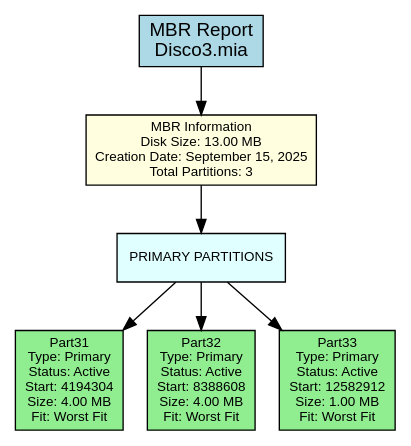
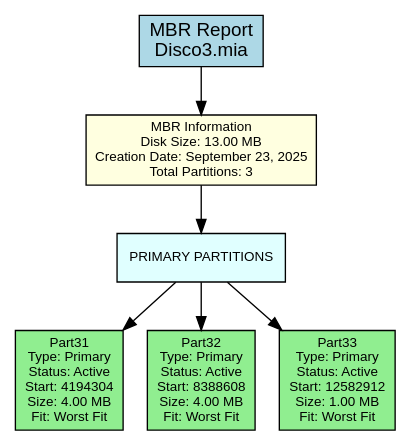
Before and after one commit to DiegVas/MIA_2S2025_P2_202300638: the diagram in backend/provider/reports/src/mbr_382B.dot, drawn with Graphviz. The commit also changed 27 other files, not shown here.

Commit message:
feat: view all disk with name, size, and count partitions feat: a register all disks in txt file

```diff
--- a/backend/provider/reports/src/mbr_382B.dot
+++ b/backend/provider/reports/src/mbr_382B.dot
@@ -1,22 +1,22 @@
 digraph MBR_Report {
     rankdir=TB;
     node [shape=box, style=filled];
     graph [fontname="Arial", fontsize=12];
     node [fontname="Arial", fontsize=10];
     edge [fontname="Arial"];
 
     title [label="MBR Report\nDisco3.mia", fillcolor=lightblue, fontsize=14];
 
-    mbr_info [label="MBR Information\nDisk Size: 13.00 MB\nCreation Date: September 15, 2025\nTotal Partitions: 3", fillcolor=lightyellow];
+    mbr_info [label="MBR Information\nDisk Size: 13.00 MB\nCreation Date: September 23, 2025\nTotal Partitions: 3", fillcolor=lightyellow];
 
     primary_section [label="PRIMARY PARTITIONS", shape=box, style=filled, fillcolor=lightcyan];
     primary_0 [label="Part31\nType: Primary\nStatus: Active\nStart: 4194304\nSize: 4.00 MB\nFit: Worst Fit", fillcolor=lightgreen];
     primary_section -> primary_0;
     primary_1 [label="Part32\nType: Primary\nStatus: Active\nStart: 8388608\nSize: 4.00 MB\nFit: Worst Fit", fillcolor=lightgreen];
     primary_section -> primary_1;
     primary_2 [label="Part33\nType: Primary\nStatus: Active\nStart: 12582912\nSize: 1.00 MB\nFit: Worst Fit", fillcolor=lightgreen];
     primary_section -> primary_2;
 
     title -> mbr_info;
     mbr_info -> primary_section;
 }
```
